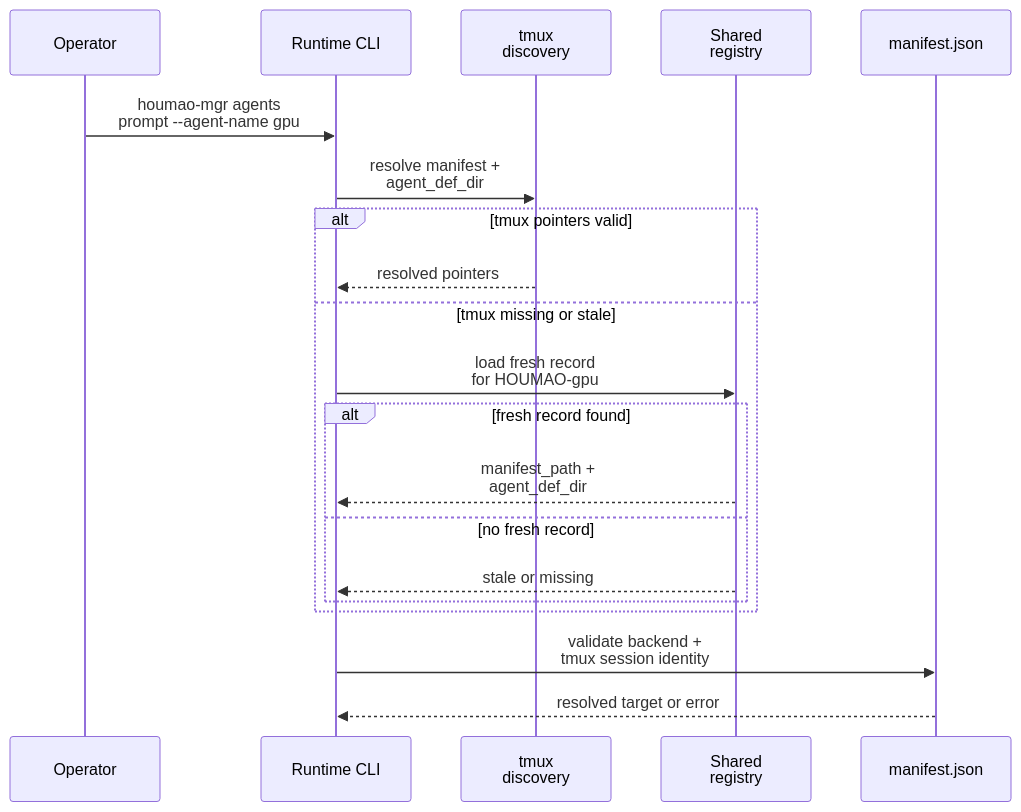
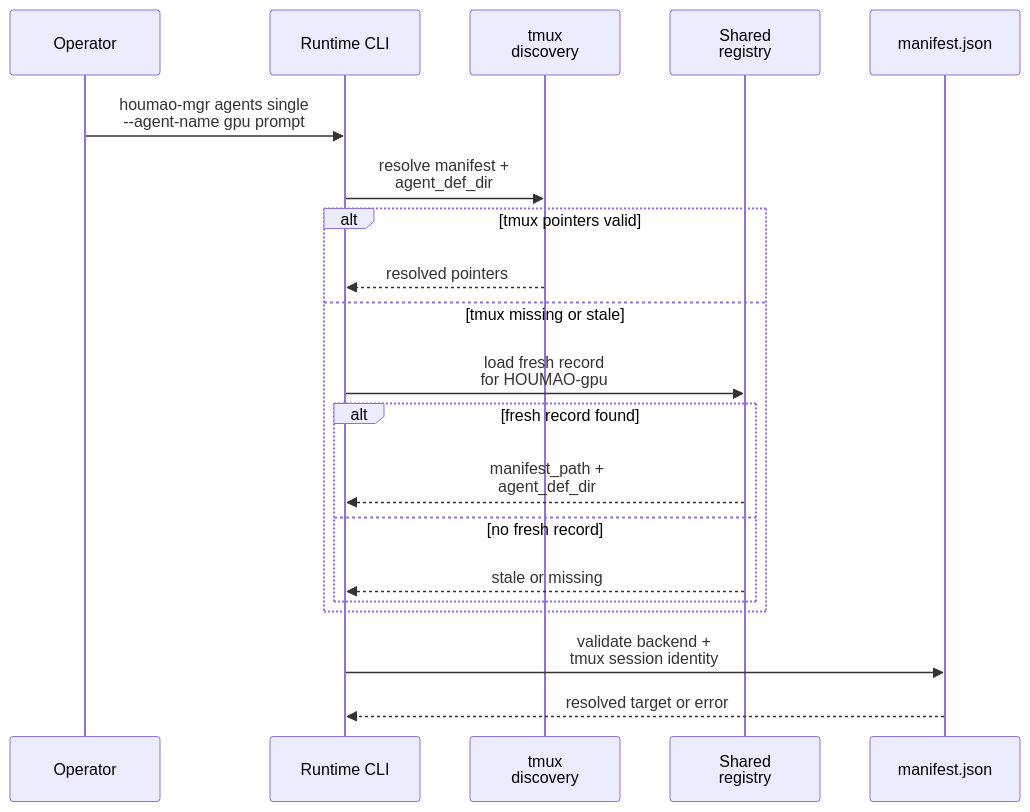
The first of 2 diagrams in docs/reference/registry/operations/discovery-and-cleanup.md (igamenovoer/houmao), drawn with Mermaid before and after one commit. The commit also changed other lines of this file and 151 other files, not shown here.

First line of the commit message:
feat: split managed-agent CLI scopes

````diff
--- a/docs/reference/registry/operations/discovery-and-cleanup.md
+++ b/docs/reference/registry/operations/discovery-and-cleanup.md
@@ -54,22 +54,22 @@
 ```mermaid
 sequenceDiagram
     participant Op as Operator
     participant CLI as Runtime CLI
     participant TM as tmux<br/>discovery
     participant RG as Shared<br/>registry
     participant MF as manifest.json
-    Op->>CLI: houmao-mgr agents<br/>prompt --agent-name gpu
+    Op->>CLI: houmao-mgr agents single<br/>--agent-name gpu prompt
     CLI->>TM: resolve manifest +<br/>agent_def_dir
     alt tmux pointers valid
         TM-->>CLI: resolved pointers
     else tmux missing or stale
         CLI->>RG: load fresh record<br/>for HOUMAO-gpu
         alt fresh record found
             RG-->>CLI: manifest_path +<br/>agent_def_dir
         else no fresh record
             RG-->>CLI: stale or missing
         end
     end
     CLI->>MF: validate backend +<br/>tmux session identity
     MF-->>CLI: resolved target or error
 ```
````
